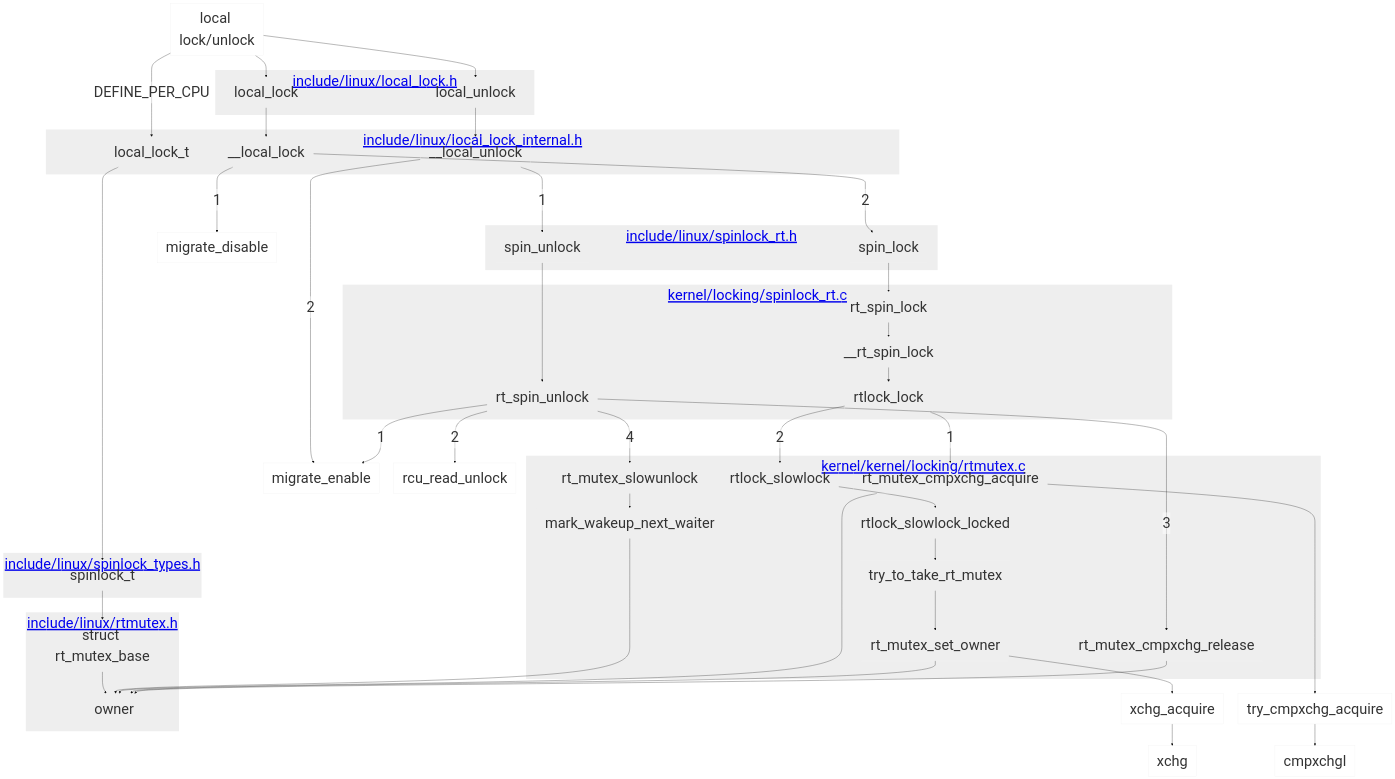
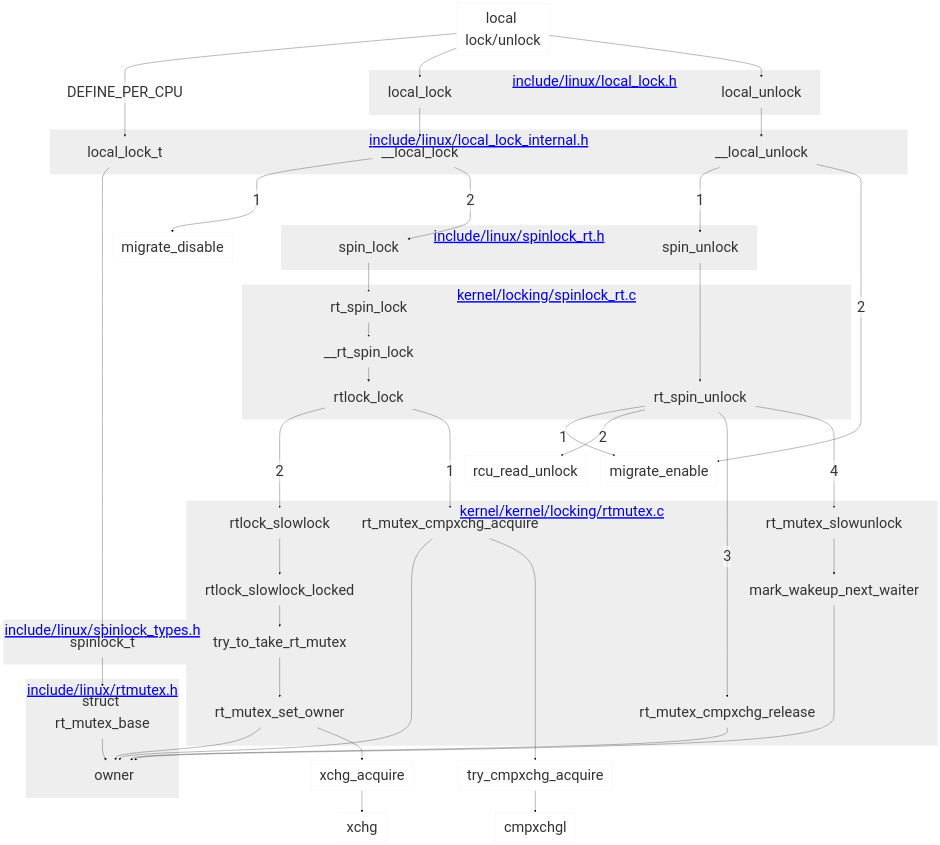
One commit to makelinux/linux_kernel_map changed the second of 2 diagrams in rt-locks.md. Above: the diagram before and after it, drawn with Mermaid. The commit also changed other lines of this file, not shown here.

Commit message:
Update rt-locks.md
balance

````diff
--- a/rt-locks.md
+++ b/rt-locks.md
@@ -59,70 +59,70 @@
 ```mermaid
 %%{
 	init: {
 		'theme': 'base',
 		'themeVariables': {
         		'primaryColor': '#fff0',
         		'primaryBorderColor': '#eeef',
 			'clusterBkg': '#eeef',
 			'fontSize':'50px'
 		}
 	}
 }%%
 graph TB
 local["local lock/unlock"] -->|DEFINE_PER_CPU| local_lock_t
 local --> local_lock & local_unlock
 local_lock_t ----> spinlock_t
 subgraph "<a href=https://elixir.bootlin.com/linux/latest/source/include/linux/rtmutex.h>include/linux/rtmutex.h</a>"
 rt_mutex_base["struct rt_mutex_base"] --> owner
 end
 
 subgraph "<a href=https://elixir.bootlin.com/linux/latest/source/include/linux/spinlock_types.h>include/linux/spinlock_types.h</a>"
 spinlock_t --> rt_mutex_base
 end
 
 subgraph "<a href=https://elixir.bootlin.com/linux/latest/source/include/linux/local_lock.h>include/linux/local_lock.h</a>"
 local_lock
 local_unlock
 end
 subgraph "<a href=https://elixir.bootlin.com/linux/latest/source/include/linux/local_lock_internal.h>include/linux/local_lock_internal.h</a>"
 local_lock_t
 __local_lock
 __local_unlock
 end
 subgraph "<a href=https://elixir.bootlin.com/linux/latest/source/include/linux/spinlock_rt.h>include/linux/spinlock_rt.h</a>"
 %% spin_lock_irqsave --> spin_lock
 spin_lock
 spin_unlock
 %% spin_unlock_irqrestore
 end
 subgraph "<a href=https://elixir.bootlin.com/linux/latest/source/kernel/locking/spinlock_rt.c>kernel/locking/spinlock_rt.c</a>"
 rt_spin_lock --> __rt_spin_lock --> rtlock_lock
 %% spin_unlock_irqrestore --> rt_spin_unlock
 rt_spin_unlock
 end
 local_lock --> __local_lock --->|1| migrate_disable
 __local_lock -->|2| spin_lock --> rt_spin_lock
 
 subgraph "<a href=https://elixir.bootlin.com/linux/latest/source/kernel/kernel/locking/rtmutex.c>kernel/kernel/locking/rtmutex.c</a>"
-rtlock_lock -->|2| rtlock_slowlock --> rtlock_slowlock_locked
+rtlock_lock --->|2| rtlock_slowlock --> rtlock_slowlock_locked
 --> try_to_take_rt_mutex --> rt_mutex_set_owner
-rtlock_lock -->|1| rt_mutex_cmpxchg_acquire
+rtlock_lock --->|1| rt_mutex_cmpxchg_acquire
 rt_mutex_cmpxchg_release
 rt_mutex_slowunlock --> mark_wakeup_next_waiter --> owner
 end
 rt_mutex_cmpxchg_acquire --> owner
 rt_mutex_cmpxchg_acquire -----> try_cmpxchg_acquire --> cmpxchgl
 
 rt_mutex_set_owner --> owner
 rt_mutex_set_owner --> xchg_acquire -->xchg
 
 local_unlock --> __local_unlock --->|1| spin_unlock
 __local_unlock -->|2| migrate_enable
 spin_unlock ---> rt_spin_unlock
 rt_spin_unlock -->|1| migrate_enable
 rt_mutex_cmpxchg_release --> owner
 rt_spin_unlock -->|2| rcu_read_unlock
 rt_spin_unlock -->|3| rt_mutex_cmpxchg_release
 rt_spin_unlock -->|4| rt_mutex_slowunlock
-local_lock_t ~~~ spin_lock
+local_lock_t ~~~ spin_lock 
 ```
````
